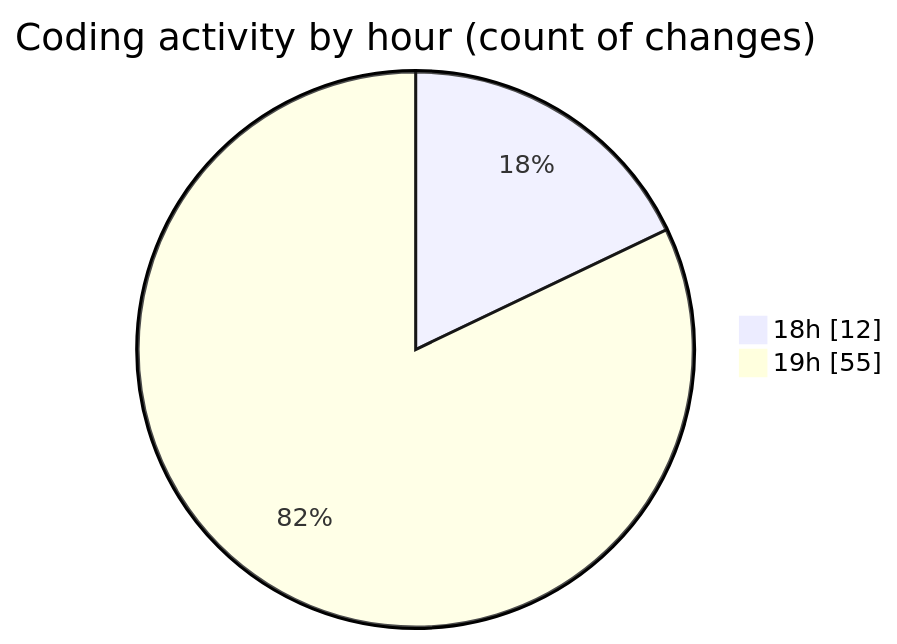
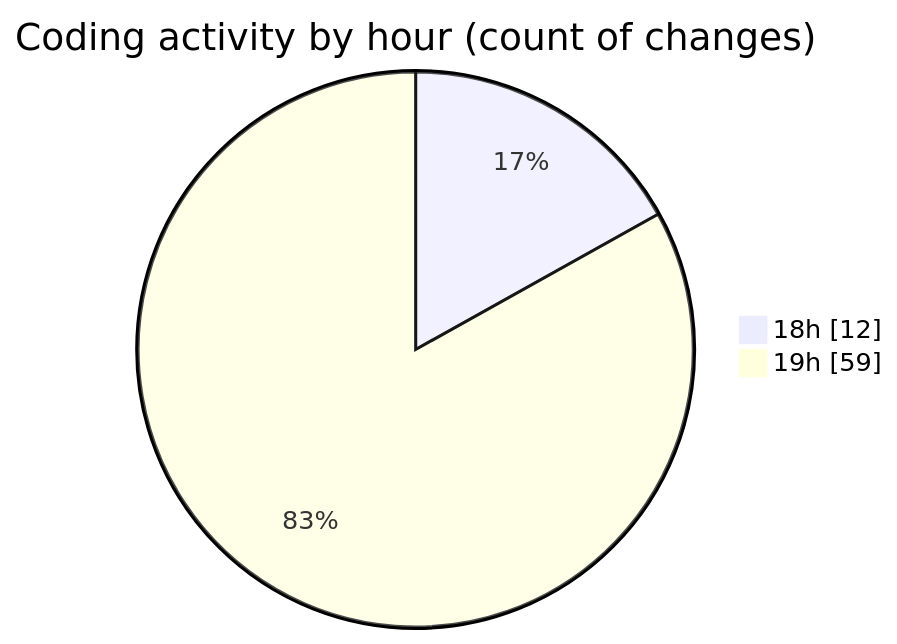
The second of 2 diagrams in 2025-03-14/myws__workspace_/README.md (MatusMokan/code-tracking), drawn with Mermaid before and after one commit. The commit also changed other lines of this file and 1 other file, not shown here.

````diff
--- a/2025-03-14/myws__workspace_/README.md
+++ b/2025-03-14/myws__workspace_/README.md
@@ -30,6 +30,6 @@
 ```mermaid
 pie showData
 title Coding activity by hour (count of changes)
 "18h" : 12
-"19h" : 55
+"19h" : 59
 ```
````
